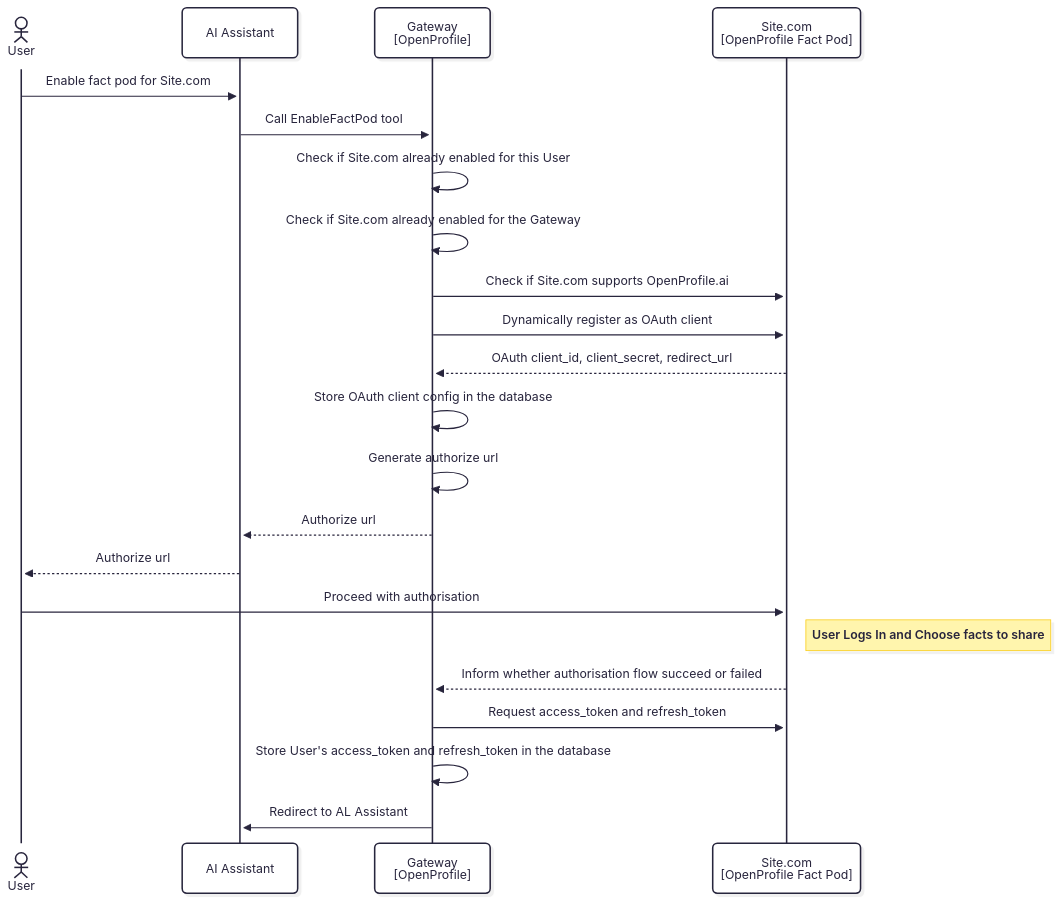
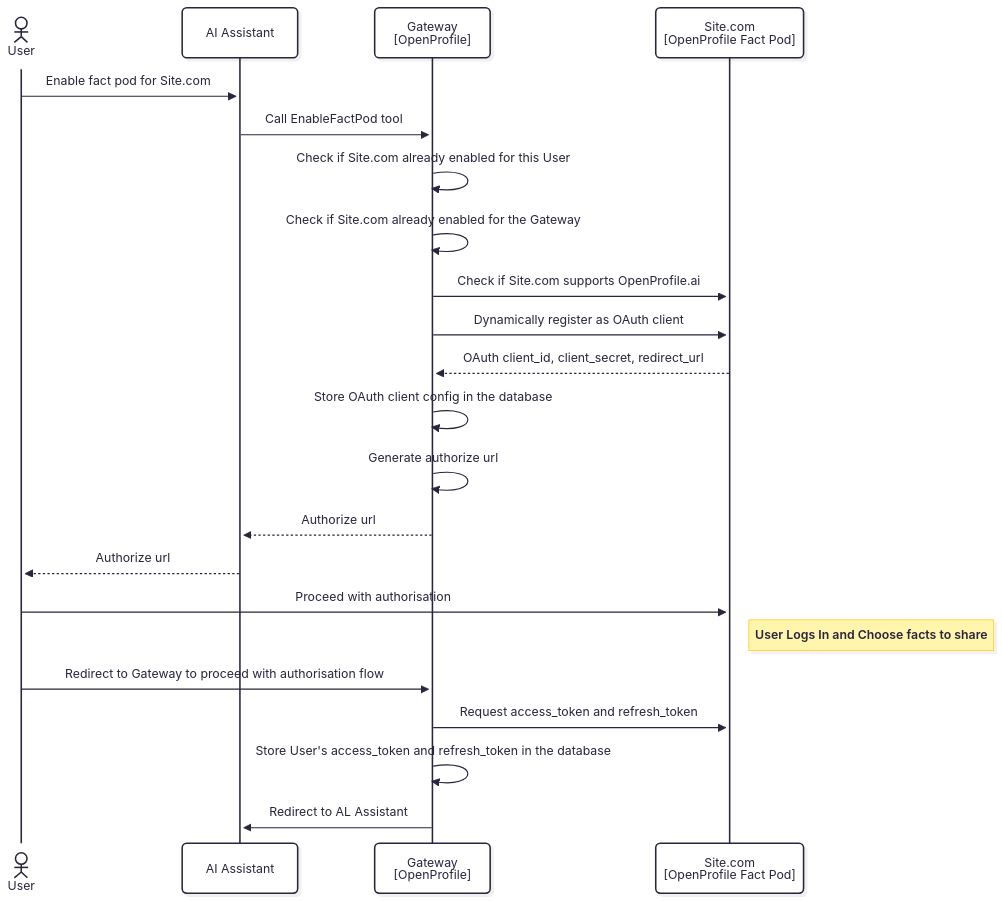
One commit to openprofile-ai/openprofile changed the diagram in assets/mermaid/enable-fact-pod-flow.mermaid. Above: the diagram before and after it, drawn with Mermaid. The commit also changed 1 other file, not shown here.

```diff
--- a/assets/mermaid/enable-fact-pod-flow.mermaid
+++ b/assets/mermaid/enable-fact-pod-flow.mermaid
@@ -1,31 +1,31 @@
 ---
 config:
   look: neo
   theme: redux
 ---
 
 sequenceDiagram
     actor User
     participant LLM as AI Assistant
     participant Gateway as Gateway<br>[OpenProfile]
     participant Site.com as Site.com<br>[OpenProfile Fact Pod]
 
     User->>LLM: Enable fact pod for Site.com
     LLM->>Gateway: Call EnableFactPod tool
     Gateway->>Gateway: Check if Site.com already enabled for this User
     Gateway->>Gateway: Check if Site.com already enabled for the Gateway
     Gateway->>Site.com: Check if Site.com supports OpenProfile.ai
     Gateway->>Site.com: Dynamically register as OAuth client
     Site.com-->>Gateway: OAuth client_id, client_secret, redirect_url
     Gateway->>Gateway: Store OAuth client config in the database
     Gateway->>Gateway: Generate authorize url
     Gateway-->>LLM: Authorize url
     LLM-->>User: Authorize url
     User->>Site.com: Proceed with authorisation
 
     Note right of Site.com: User Logs In and Choose facts to share
 
-    Site.com-->>Gateway: Inform whether authorisation flow succeed or failed
+    User->>Gateway: Redirect to Gateway to proceed with authorisation flow
     Gateway->>Site.com: Request access_token and refresh_token
     Gateway->>Gateway: Store User's access_token and refresh_token in the database
     Gateway->>LLM: Redirect to AL Assistant
```
